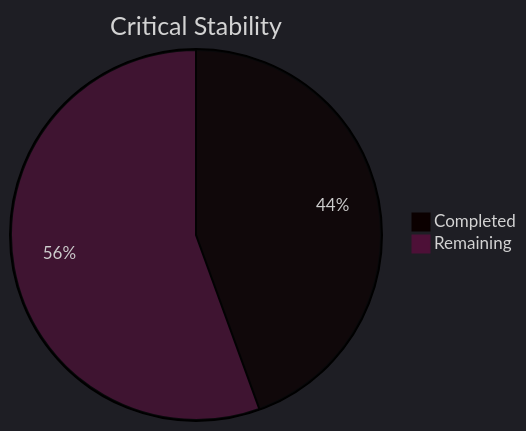
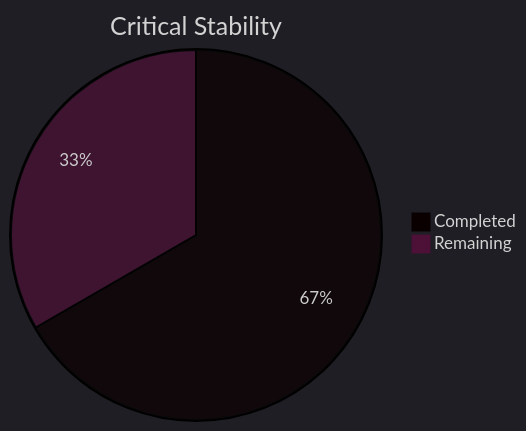
Before and after one commit to Neogleamz/SK8Lytz: the second of 5 diagrams in tools/SK8Lytz_Bucket_List.md, drawn with Mermaid. The commit also changed other lines of this file and 7 other files, not shown here.

````diff
--- a/tools/SK8Lytz_Bucket_List.md
+++ b/tools/SK8Lytz_Bucket_List.md
@@ -22,6 +22,6 @@
 ```mermaid
 %%{init: {'theme': 'dark'}}%%
 pie title Critical Stability
-  "Completed" : 4
-  "Remaining" : 5
+  "Completed" : 8
+  "Remaining" : 4
 ```
````
